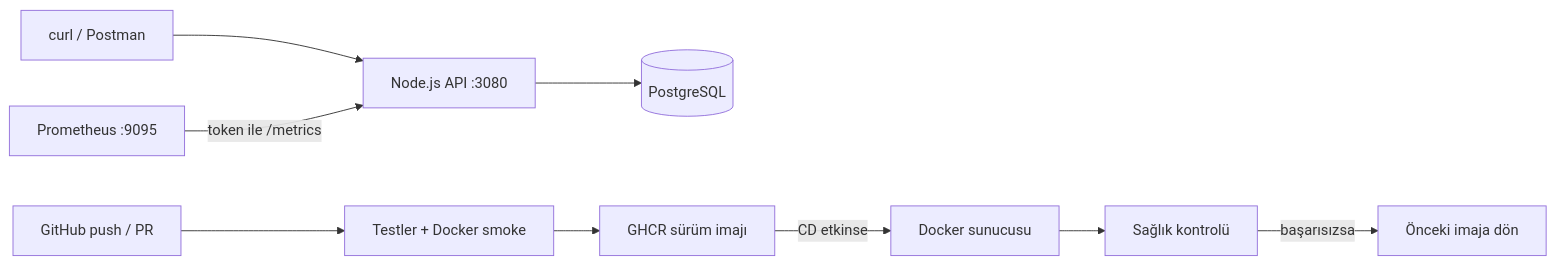
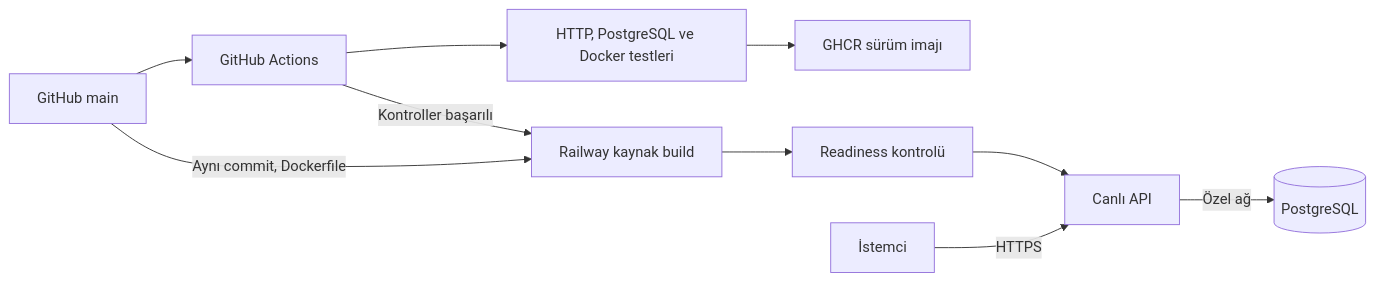
Before and after one commit to asdakif/devops-lab: the diagram in README.md, drawn with Mermaid. The commit also changed other lines of this file and 5 other files, not shown here.

Commit message:
Present project architecture, scope and portfolio walkthrough

````diff
--- a/README.md
+++ b/README.md
@@ -74,11 +31,12 @@
 ```mermaid
 flowchart LR
-    Client[curl / Postman] --> API[Node.js API :3080]
-    API --> DB[(PostgreSQL)]
-    Prom[Prometheus :9095] -->|token ile /metrics| API
-    Git[GitHub push / PR] --> Tests[Testler + Docker smoke]
-    Tests --> Image[GHCR sürüm imajı]
-    Image -->|CD etkinse| Host[Docker sunucusu]
-    Host --> Health[Sağlık kontrolü]
-    Health -->|başarısızsa| Previous[Önceki imaja dön]
+    Commit[GitHub main] --> CI[GitHub Actions]
+    CI --> Tests[HTTP, PostgreSQL ve Docker testleri]
+    Tests --> Package[GHCR sürüm imajı]
+    CI -->|Kontroller başarılı| Railway[Railway kaynak build]
+    Commit -->|Aynı commit, Dockerfile| Railway
+    Railway --> Ready[Readiness kontrolü]
+    Ready --> API[Canlı API]
+    Client[İstemci] -->|HTTPS| API
+    API -->|Özel ağ| DB[(PostgreSQL)]
 ```
````
